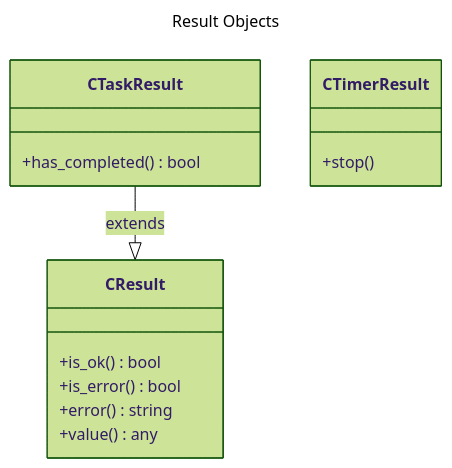
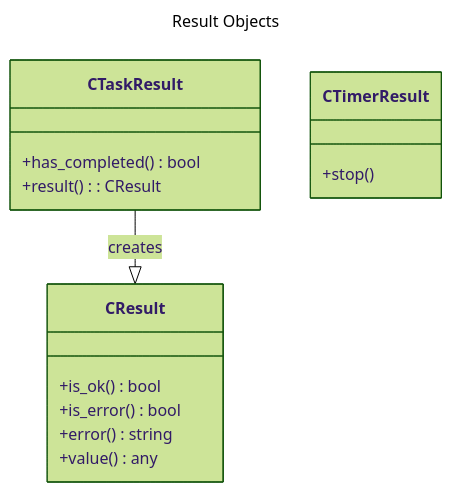
One commit to CodeMelted/codemelted.rs changed the first of 5 diagrams in mdbook/src/2.0_domain-use-cases.md. Above: the diagram before and after it, drawn with Mermaid (forest theme). The commit also changed other lines of this file and 21 other files, not shown here.

````diff
--- a/mdbook/src/2.0_domain-use-cases.md
+++ b/mdbook/src/2.0_domain-use-cases.md
@@ -26,19 +26,20 @@
 ```mermaid
 ---
 title: Result Objects
 ---
 classDiagram
   class CResult {
     +is_ok() bool
     +is_error() bool
     +error() string
     +value() any
   }
   class CTaskResult {
     +has_completed() bool
+    +result(): CResult
   }
   class CTimerResult {
     +stop()
   }
-  CTaskResult --|> CResult: extends
+  CTaskResult --|> CResult: creates
 ```
````
